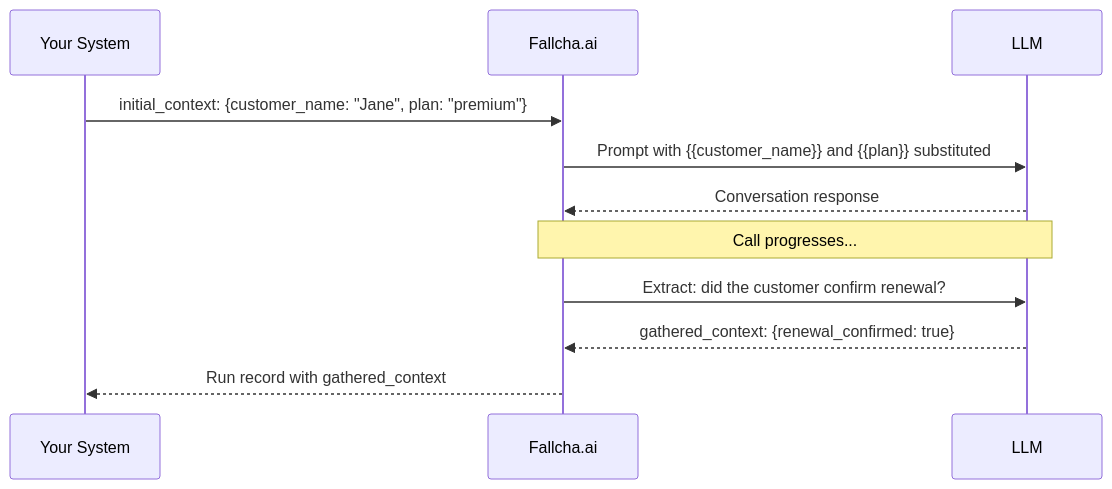
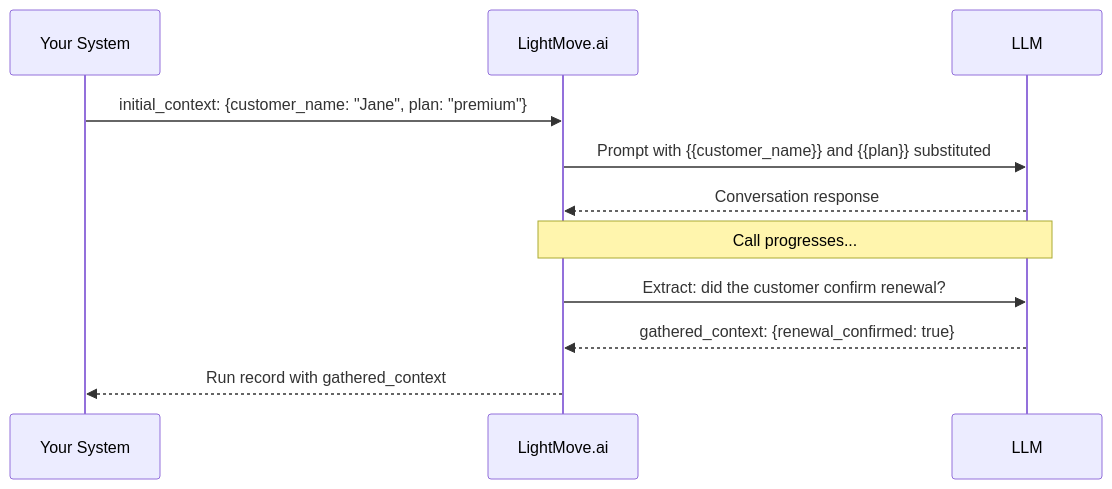
Before and after one commit to nextwebspark/failte-ai: the diagram in docs/core-concepts/context-and-variables.mdx, drawn with Mermaid. The commit also changed other lines of this file and 97 other files, not shown here.

First line of the commit message:
docs: rebrand docs site to LightMove.ai

````diff
--- a/docs/core-concepts/context-and-variables.mdx
+++ b/docs/core-concepts/context-and-variables.mdx
@@ -131,14 +131,14 @@
 ```mermaid
 sequenceDiagram
     participant App as Your System
-    participant Dog as Fallcha.ai
+    participant Dog as LightMove.ai
     participant LLM as LLM
 
     App->>Dog: initial_context: {customer_name: "Jane", plan: "premium"}
     Dog->>LLM: Prompt with {{customer_name}} and {{plan}} substituted
     LLM-->>Dog: Conversation response
     Note over Dog,LLM: Call progresses...
     Dog->>LLM: Extract: did the customer confirm renewal?
     LLM-->>Dog: gathered_context: {renewal_confirmed: true}
     Dog-->>App: Run record with gathered_context
 ```
````
